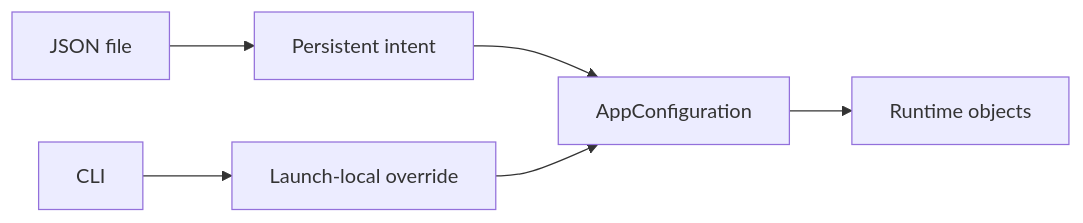
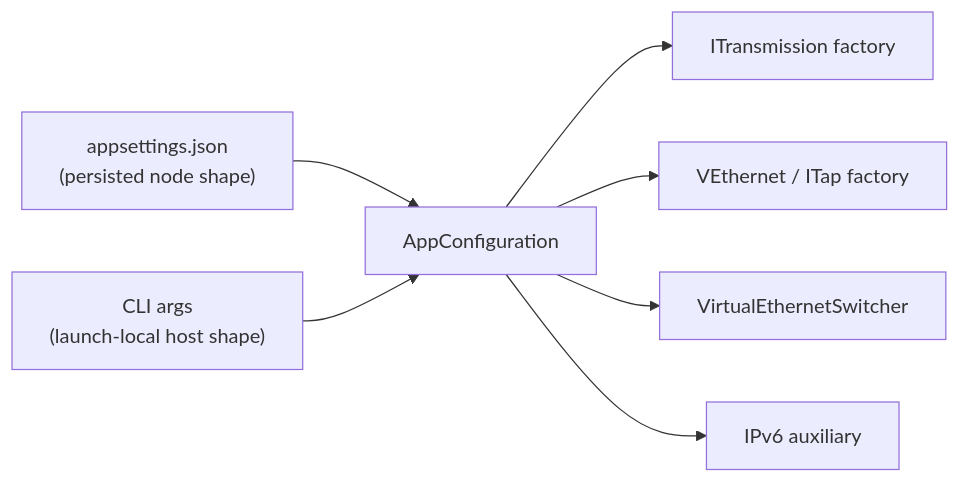
One commit to HyacinthHaru/openppp2 changed the sixth of 7 diagrams in docs/CONFIGURATION.md. Above: the diagram before and after it, drawn with Mermaid. The commit also changed other lines of this file and 93 other files, not shown here.

````diff
--- a/docs/CONFIGURATION.md
+++ b/docs/CONFIGURATION.md
@@ -217,8 +387,9 @@
 ```mermaid
 flowchart LR
-    A[JSON file] --> B[Persistent intent]
-    C[CLI] --> D[Launch-local override]
-    B --> E[AppConfiguration]
-    D --> E
-    E --> F[Runtime objects]
+    A["appsettings.json\n(persisted node shape)"] --> C["AppConfiguration"]
+    B["CLI args\n(launch-local host shape)"] --> C
+    C --> D["ITransmission factory"]
+    C --> E["VEthernet / ITap factory"]
+    C --> F["VirtualEthernetSwitcher"]
+    C --> G["IPv6 auxiliary"]
 ```
````
